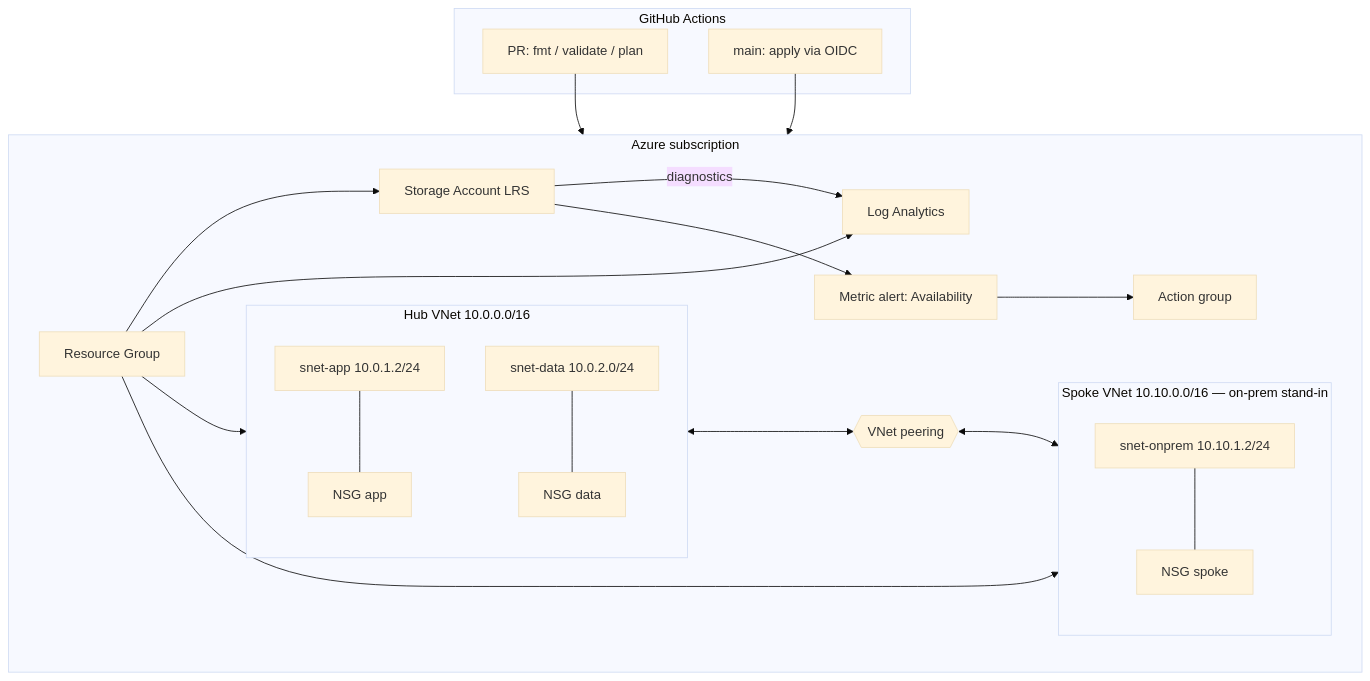
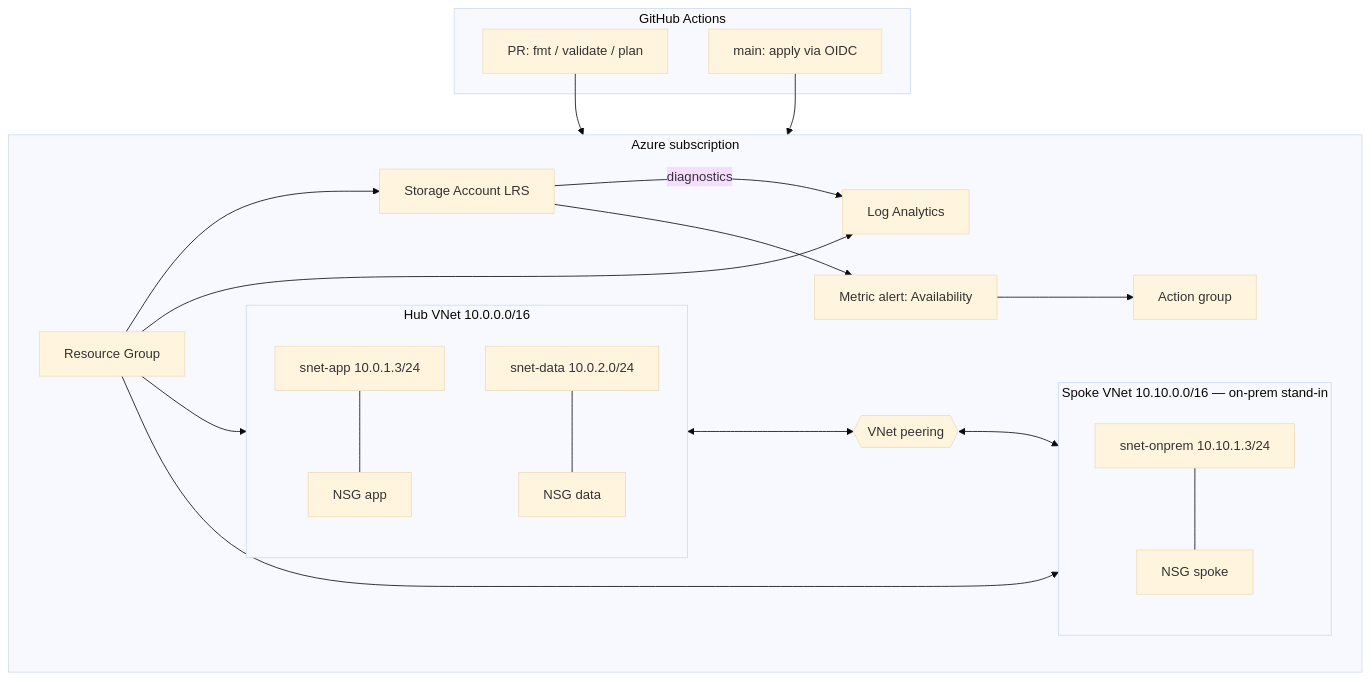
The diagram in README.md (jeremylongshore/azure-landing-zone-starter), drawn with Mermaid (base theme) before and after one commit. The commit also changed 2 other files, not shown here.

````diff
--- a/README.md
+++ b/README.md
@@ -30,45 +30,45 @@
 ```mermaid
 flowchart TB
   subgraph gh [GitHub Actions]
     PR[PR: fmt / validate / plan]
     MAIN[main: apply via OIDC]
   end
 
   subgraph azure [Azure subscription]
     RG[Resource Group]
 
     subgraph hub [Hub VNet 10.0.0.0/16]
-      APP[snet-app 10.0.1.2/24]
+      APP[snet-app 10.0.1.3/24]
       DATA[snet-data 10.0.2.0/24]
       NSG_A[NSG app]
       NSG_D[NSG data]
       APP --- NSG_A
       DATA --- NSG_D
     end
 
     subgraph spoke [Spoke VNet 10.10.0.0/16 — on-prem stand-in]
-      ONPREM[snet-onprem 10.10.1.2/24]
+      ONPREM[snet-onprem 10.10.1.3/24]
       NSG_S[NSG spoke]
       ONPREM --- NSG_S
     end
 
     PEER{{VNet peering}}
     hub <--> PEER <--> spoke
 
     SA[Storage Account LRS]
     LAW[Log Analytics]
     ALERT[Metric alert: Availability]
     AG[Action group]
 
     RG --> hub
     RG --> spoke
     RG --> SA
     RG --> LAW
     SA -->|diagnostics| LAW
     SA --> ALERT
     ALERT --> AG
   end
 
   PR --> azure
   MAIN --> azure
 ```
````
